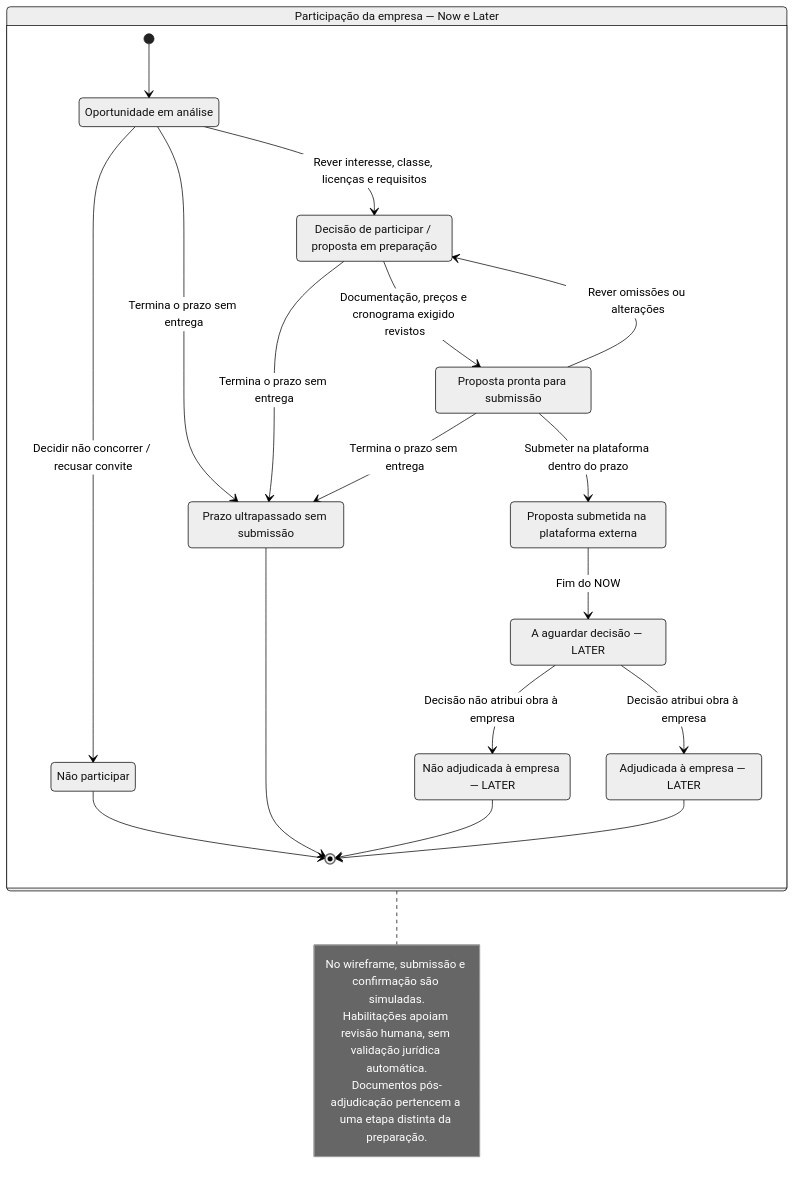
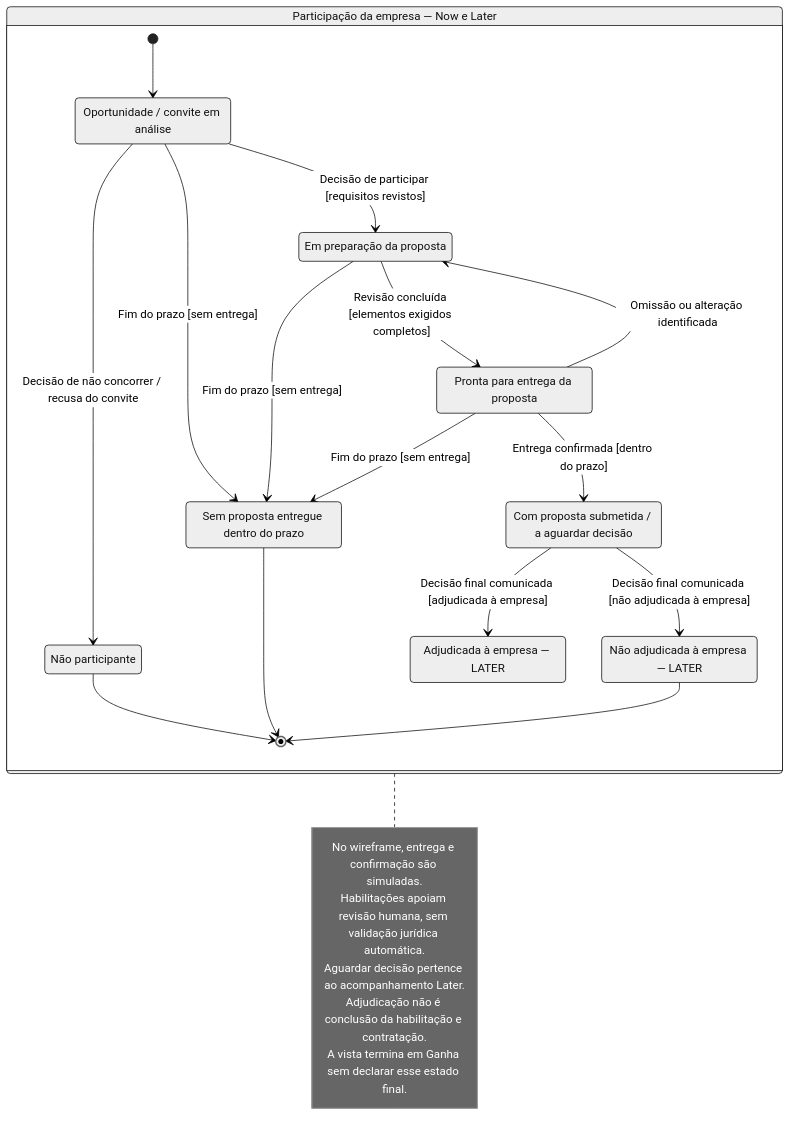
Before and after one commit to prumod/cairn-web: the fourth of 6 diagrams in context/system/diagrams.md, drawn with Mermaid (neutral theme). The commit also changed other lines of this file and 8 other files, not shown here.

````diff
--- a/context/system/diagrams.md
+++ b/context/system/diagrams.md
@@ -319,38 +322,36 @@
 ```mermaid
 stateDiagram-v2
-
     state "Participação da empresa — Now e Later" as Participacao {
         [*] --> EmAnalise
-        state "Oportunidade em análise" as EmAnalise
-        state "Decisão de participar / proposta em preparação" as Preparacao
-        state "Proposta pronta para submissão" as Pronta
-        state "Proposta submetida na plataforma externa" as Submetida
-        state "Não participar" as NaoParticipar
-        state "Prazo ultrapassado sem submissão" as SemSubmissao
-        state "A aguardar decisão — LATER" as Aguardar
+        state "Oportunidade / convite em análise" as EmAnalise
+        state "Em preparação da proposta" as Preparacao
+        state "Pronta para entrega da proposta" as Pronta
+        state "Com proposta submetida / a aguardar decisão" as Submetida
+        state "Não participante" as NaoParticipar
+        state "Sem proposta entregue dentro do prazo" as SemSubmissao
         state "Não adjudicada à empresa — LATER" as NaoGanha
         state "Adjudicada à empresa — LATER" as Ganha
 
-        EmAnalise --> Preparacao: Rever interesse, classe, licenças e requisitos
-        EmAnalise --> NaoParticipar: Decidir não concorrer / recusar convite
-        EmAnalise --> SemSubmissao: Termina o prazo sem entrega
-        Preparacao --> Pronta: Documentação, preços e cronograma exigido revistos
-        Pronta --> Preparacao: Rever omissões ou alterações
-        Preparacao --> SemSubmissao: Termina o prazo sem entrega
-        Pronta --> SemSubmissao: Termina o prazo sem entrega
-        Pronta --> Submetida: Submeter na plataforma dentro do prazo
-        Submetida --> Aguardar: Fim do NOW
-        Aguardar --> NaoGanha: Decisão não atribui obra à empresa
-        Aguardar --> Ganha: Decisão atribui obra à empresa
+        EmAnalise --> Preparacao: Decisão de participar [requisitos revistos]
+        EmAnalise --> NaoParticipar: Decisão de não concorrer / recusa do convite
+        EmAnalise --> SemSubmissao: Fim do prazo [sem entrega]
+        Preparacao --> Pronta: Revisão concluída [elementos exigidos completos]
+        Pronta --> Preparacao: Omissão ou alteração identificada
+        Preparacao --> SemSubmissao: Fim do prazo [sem entrega]
+        Pronta --> SemSubmissao: Fim do prazo [sem entrega]
+        Pronta --> Submetida: Entrega confirmada [dentro do prazo]
+        Submetida --> NaoGanha: Decisão final comunicada [não adjudicada à empresa]
+        Submetida --> Ganha: Decisão final comunicada [adjudicada à empresa]
         NaoParticipar --> [*]
         SemSubmissao --> [*]
         NaoGanha --> [*]
-        Ganha --> [*]
     }
 
     note right of Participacao
-        No wireframe, submissão e confirmação são simuladas.
+        No wireframe, entrega e confirmação são simuladas.
         Habilitações apoiam revisão humana, sem validação jurídica automática.
-        Documentos pós-adjudicação pertencem a uma etapa distinta da preparação.
+        Aguardar decisão pertence ao acompanhamento Later.
+        Adjudicação não é conclusão da habilitação e contratação.
+        A vista termina em Ganha sem declarar esse estado final.
     end note
 ```
````
